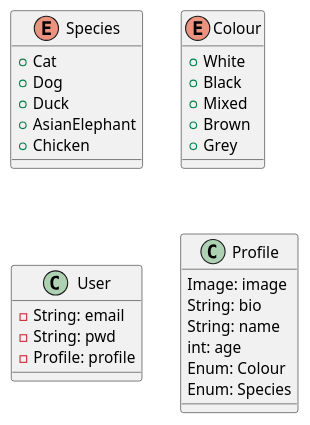
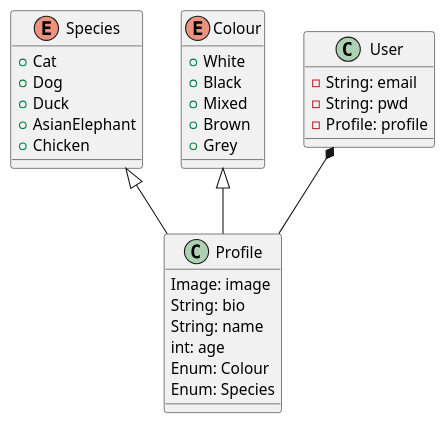
One commit to jonbertelsen/lifehackspring2025 changed the diagram in src/diagrams/UML/Classes v1.puml. Above: the diagram before and after it, drawn with PlantUML. The commit also changed 2 other files, not shown here.

Commit message:
UML diagram and enums

```diff
--- a/src/diagrams/UML/Classes v1.puml
+++ b/src/diagrams/UML/Classes v1.puml
@@ -1,35 +1,38 @@
 @startuml
 'https://plantuml.com/class-diagram
 
 enum Species {
 +Cat
 +Dog
 +Duck
 +AsianElephant
 +Chicken
 }
 
 enum Colour {
 +White
 +Black
 +Mixed
 +Brown
 +Grey
 }
 
 class User{
 -String: email
 -String: pwd
 -Profile: profile
 }
 
 class Profile{
 Image: image
 String: bio
 String: name
 int: age
 Enum: Colour
 Enum: Species
 }
 
+Species <|-- Profile
+Colour <|-- Profile
+User *-- Profile
 @enduml
```
